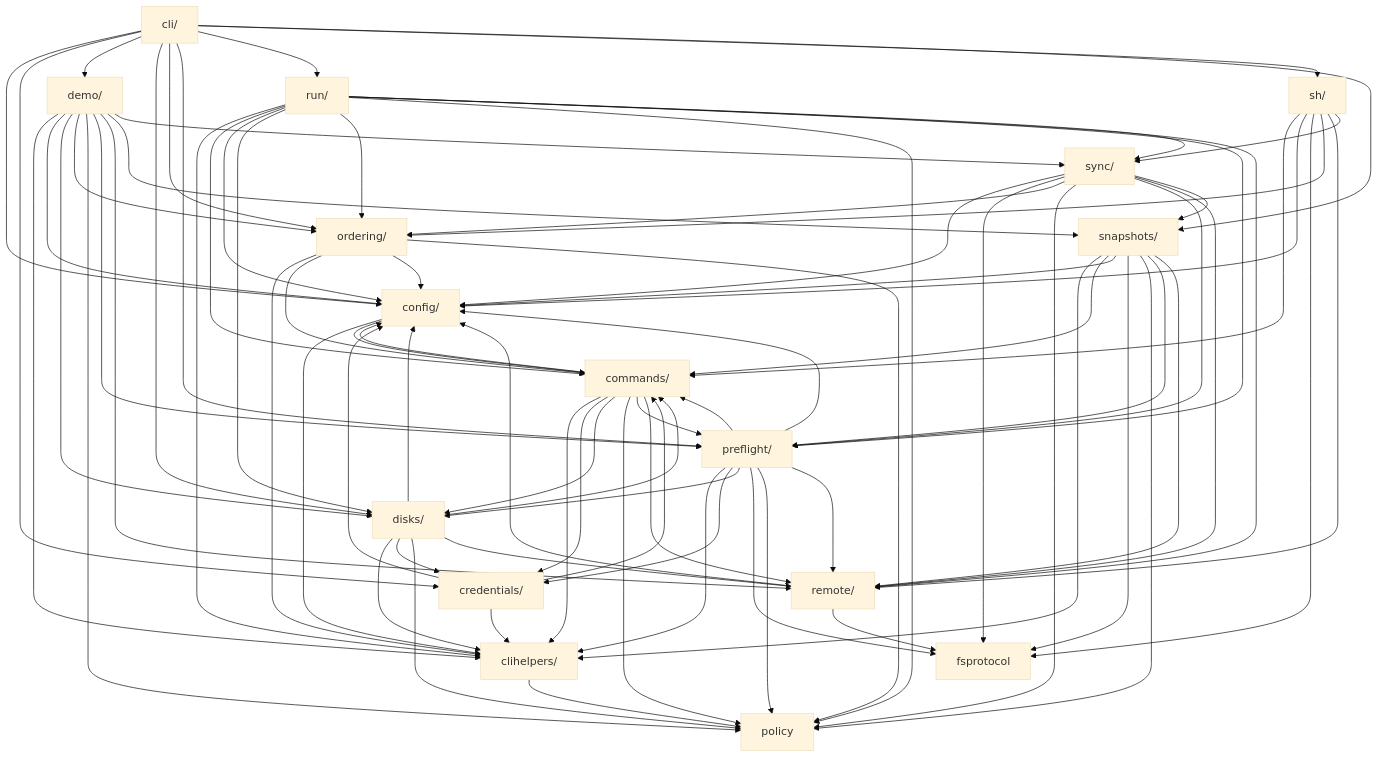
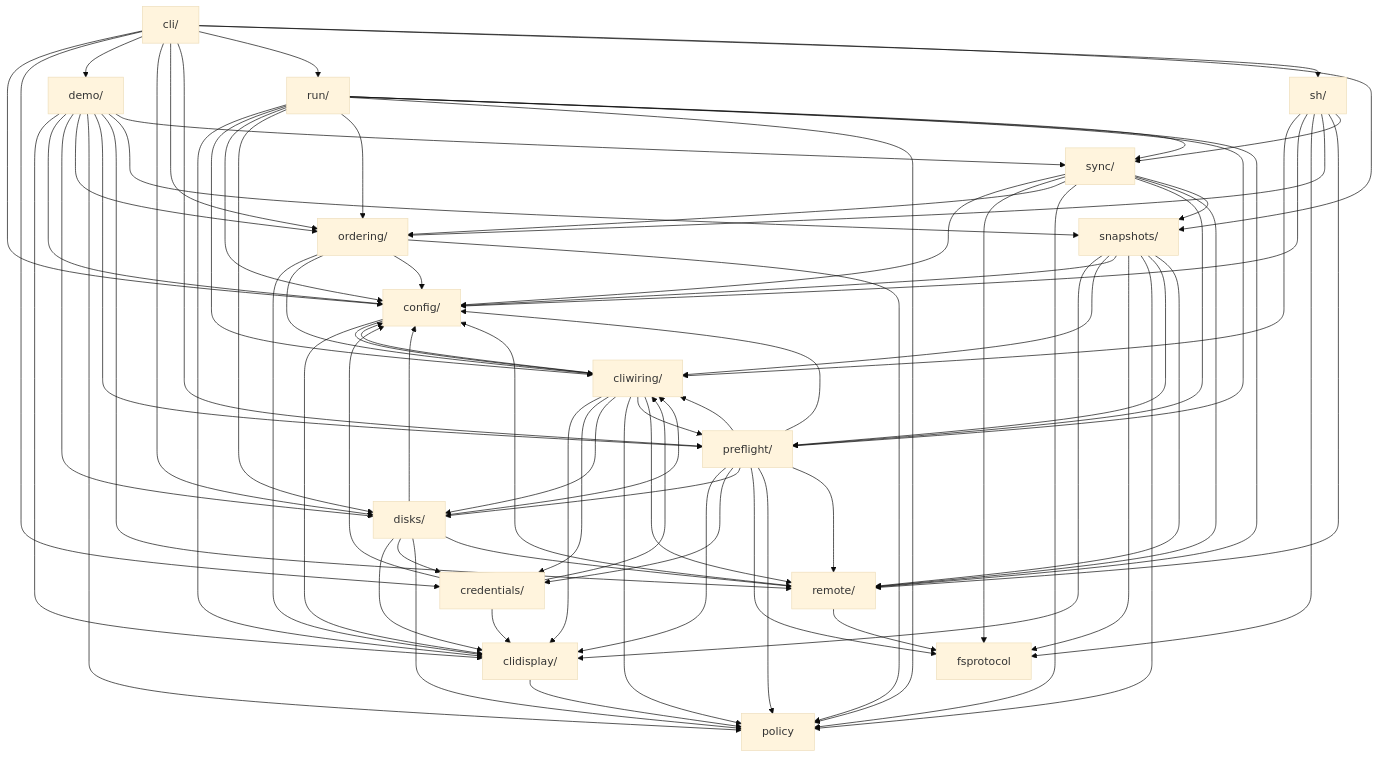
One commit to iglootools/nbkp changed the diagram in docs/architecture.md. Above: the diagram before and after it, drawn with Mermaid (base theme). The commit also changed other lines of this file and 57 other files, not shown here.

First line of the commit message:
refactor: rename clihelpers to clidisplay and commands to cliwiring

````diff
--- a/docs/architecture.md
+++ b/docs/architecture.md
@@ -40,8 +40,8 @@
 ```mermaid
 graph TD
     cli["cli/"]
-    clihelpers["clihelpers/"]
-    commands["commands/"]
+    clidisplay["clidisplay/"]
+    cliwiring["cliwiring/"]
     config["config/"]
     credentials["credentials/"]
     demo["demo/"]
@@ -65,20 +65,20 @@
     cli --> run
     cli --> sh
     cli --> snapshots
-    clihelpers --> policy
-    commands --> clihelpers
-    commands --> config
-    commands --> credentials
-    commands --> disks
-    commands --> policy
-    commands --> preflight
-    commands --> remote
-    config --> clihelpers
-    config --> commands
-    credentials --> clihelpers
-    credentials --> commands
+    clidisplay --> policy
+    cliwiring --> clidisplay
+    cliwiring --> config
+    cliwiring --> credentials
+    cliwiring --> disks
+    cliwiring --> policy
+    cliwiring --> preflight
+    cliwiring --> remote
+    config --> clidisplay
+    config --> cliwiring
+    credentials --> clidisplay
+    credentials --> cliwiring
     credentials --> config
-    demo --> clihelpers
+    demo --> clidisplay
     demo --> config
     demo --> disks
     demo --> ordering
@@ -87,18 +87,18 @@
     demo --> remote
     demo --> snapshots
     demo --> sync
-    disks --> clihelpers
-    disks --> commands
+    disks --> clidisplay
+    disks --> cliwiring
     disks --> config
     disks --> credentials
     disks --> policy
     disks --> remote
-    ordering --> clihelpers
-    ordering --> commands
+    ordering --> clidisplay
+    ordering --> cliwiring
     ordering --> config
     ordering --> policy
-    preflight --> clihelpers
-    preflight --> commands
+    preflight --> clidisplay
+    preflight --> cliwiring
     preflight --> config
     preflight --> credentials
     preflight --> disks
@@ -107,8 +107,8 @@
     preflight --> remote
     remote --> config
     remote --> fsprotocol
-    run --> clihelpers
-    run --> commands
+    run --> clidisplay
+    run --> cliwiring
     run --> config
     run --> disks
     run --> ordering
@@ -116,14 +116,14 @@
     run --> preflight
     run --> remote
     run --> sync
-    sh --> commands
+    sh --> cliwiring
     sh --> config
     sh --> fsprotocol
     sh --> ordering
     sh --> remote
     sh --> sync
-    snapshots --> clihelpers
-    snapshots --> commands
+    snapshots --> clidisplay
+    snapshots --> cliwiring
     snapshots --> config
     snapshots --> fsprotocol
     snapshots --> policy
````
